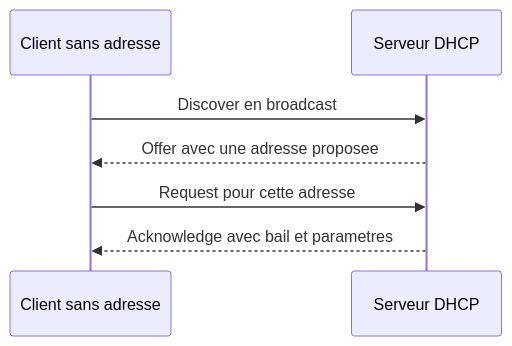
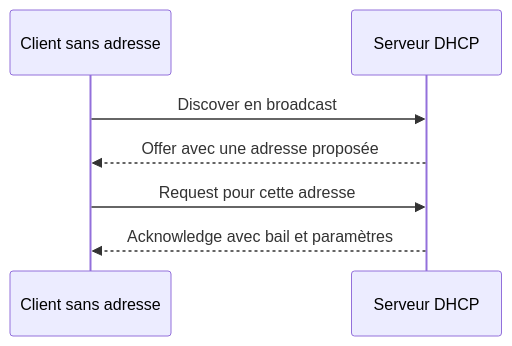
One commit to Gooseppr/GevOps_LC changed the second of 4 diagrams in courses/reseaux-cybersecurite/07_protocoles_services.md. Above: the diagram before and after it, drawn with Mermaid. The commit also changed other lines of this file and 56 other files, not shown here.

````diff
--- a/courses/reseaux-cybersecurite/07_protocoles_services.md
+++ b/courses/reseaux-cybersecurite/07_protocoles_services.md
@@ -123,9 +123,9 @@
 ```mermaid
 sequenceDiagram
     participant C as Client sans adresse
     participant S as Serveur DHCP
     C->>S: Discover en broadcast
-    S-->>C: Offer avec une adresse proposee
+    S-->>C: Offer avec une adresse proposée
     C->>S: Request pour cette adresse
-    S-->>C: Acknowledge avec bail et parametres
+    S-->>C: Acknowledge avec bail et paramètres
 ```
````
